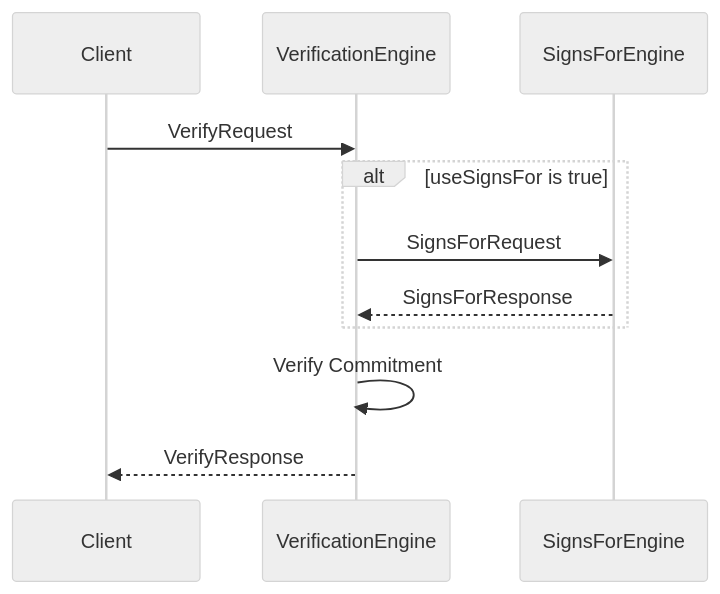
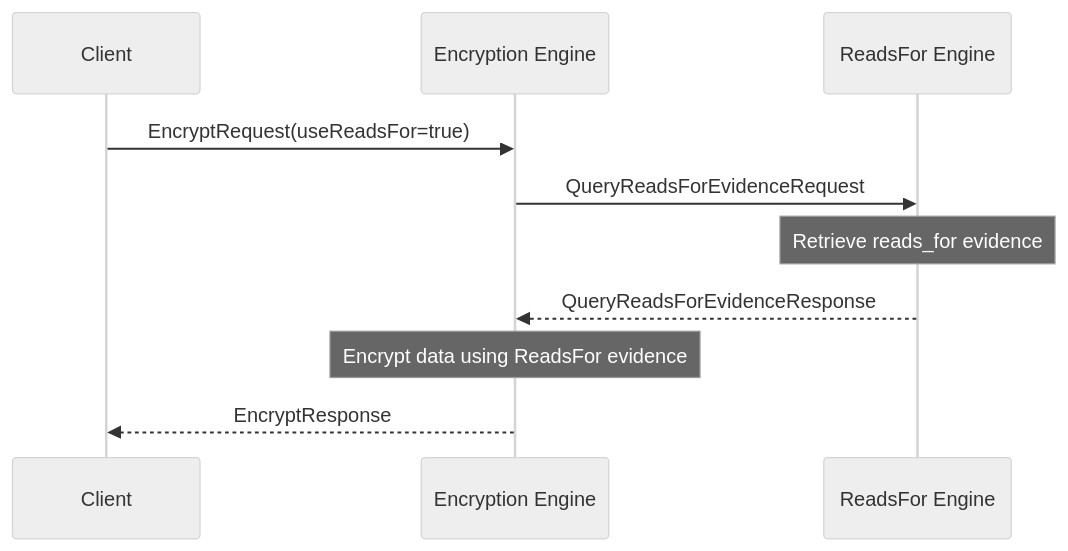
The second of 2 diagrams in docs/node_architecture/engines/verification_overview.juvix.md (anoma/nspec), drawn with Mermaid (neutral theme) before and after one commit. The commit also changed other lines of this file and 9 other files, not shown here.

Commit message:
Clearn up sequence diagrams

````diff
--- a/docs/node_architecture/engines/verification_overview.juvix.md
+++ b/docs/node_architecture/engines/verification_overview.juvix.md
@@ -88,14 +109,13 @@
 ```mermaid
 sequenceDiagram
-    participant Client
-    participant VerificationEngine
-    participant SignsForEngine
+    participant C as Client
+    participant EE as Encryption Engine
+    participant RF as ReadsFor Engine
 
-    Client ->> VerificationEngine: VerifyRequest
-    alt useSignsFor is true
-        VerificationEngine ->> SignsForEngine: SignsForRequest
-        SignsForEngine -->> VerificationEngine: SignsForResponse
-    end
-    VerificationEngine ->> VerificationEngine: Verify Commitment
-    VerificationEngine -->> Client: VerifyResponse
+    C->>EE: EncryptRequest(useReadsFor=true)
+    EE->>RF: QueryReadsForEvidenceRequest
+    Note over RF: Retrieve reads_for evidence
+    RF-->>EE: QueryReadsForEvidenceResponse
+    Note over EE: Encrypt data using ReadsFor evidence
+    EE-->>C: EncryptResponse
 ```
````
